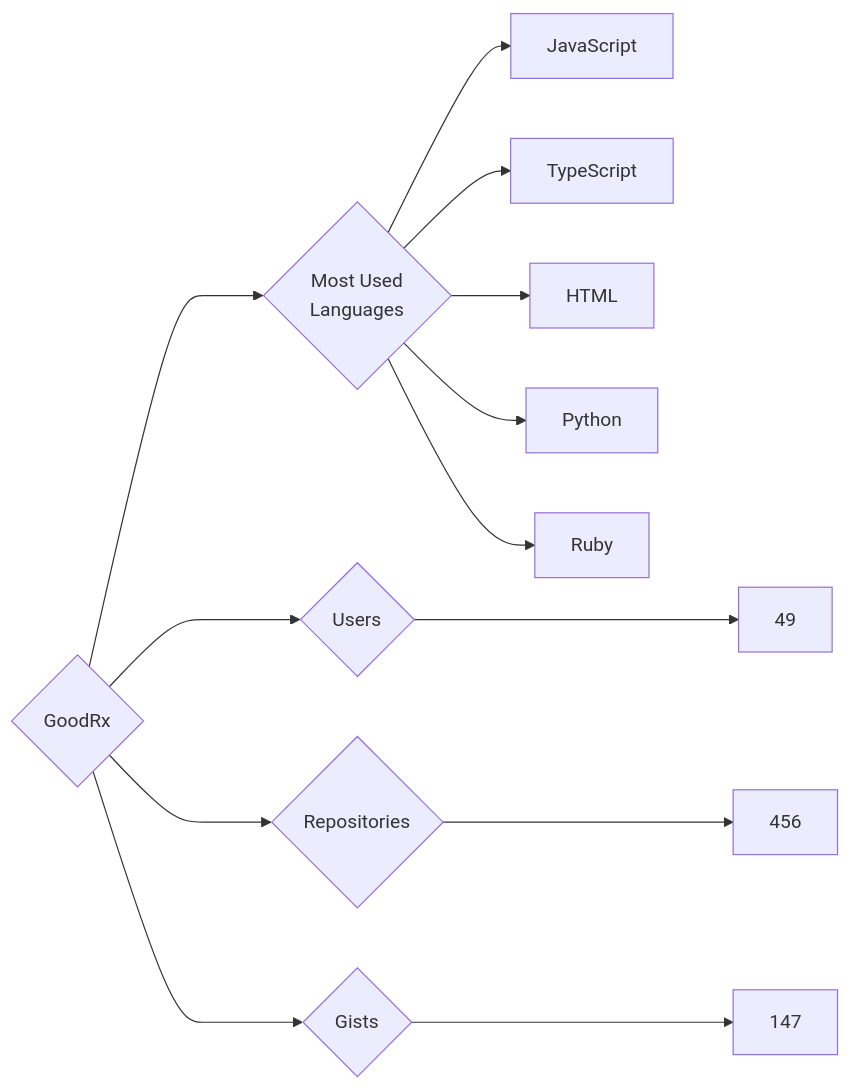
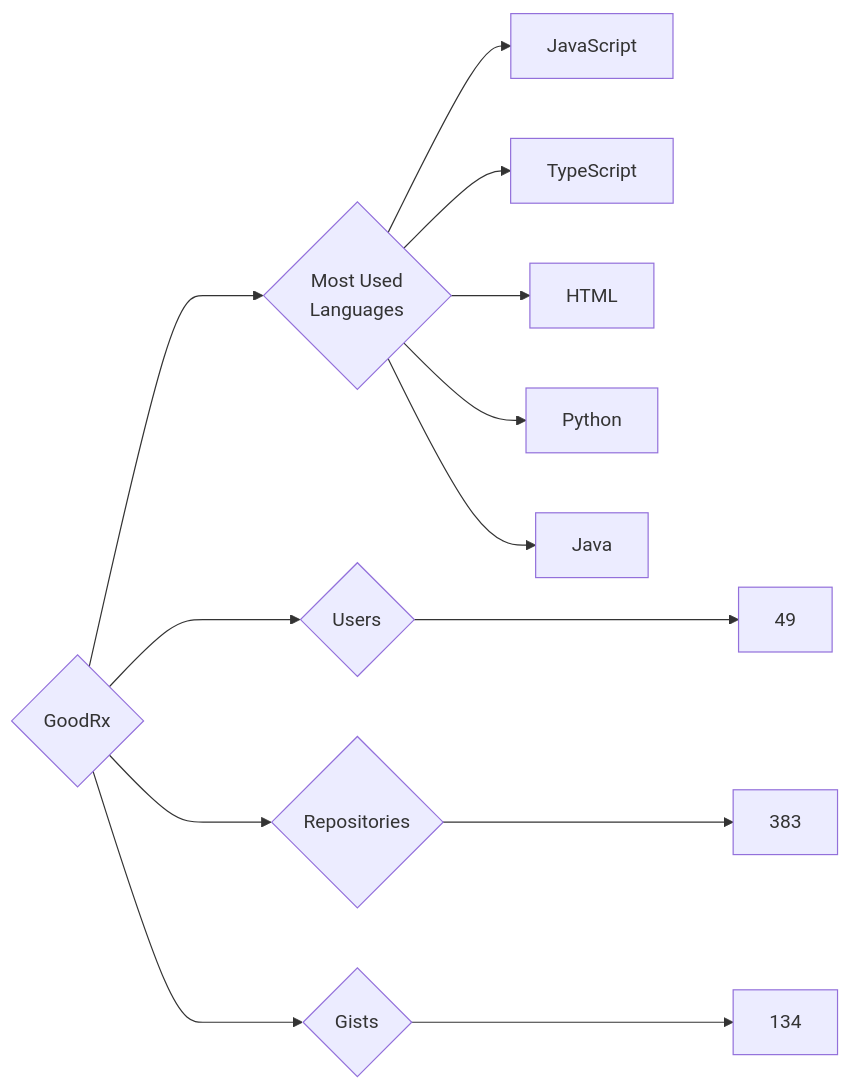
Before and after one commit to trickest/insiders: the diagram in targets/GoodRx/README.md, drawn with Mermaid. The commit also changed 775 other files, not shown here.

````diff
--- a/targets/GoodRx/README.md
+++ b/targets/GoodRx/README.md
@@ -3,13 +3,13 @@
 ```mermaid
 graph LR
 COMPANY_NAME{GoodRx}
 COMPANY_NAME ---> U{Users} ---> UN[49]
-COMPANY_NAME ---> R{Repositories} ---> RN[456]
-COMPANY_NAME ---> G{Gists} ---> GN[147]
+COMPANY_NAME ---> R{Repositories} ---> RN[383]
+COMPANY_NAME ---> G{Gists} ---> GN[134]
 COMPANY_NAME ---> ML{Most Used<br>Languages}
 ML --> JavaScript[JavaScript]
 ML --> TypeScript[TypeScript]
 ML --> HTML[HTML]
 ML --> Python[Python]
-ML --> Ruby[Ruby]
+ML --> Java[Java]
 ```
````
